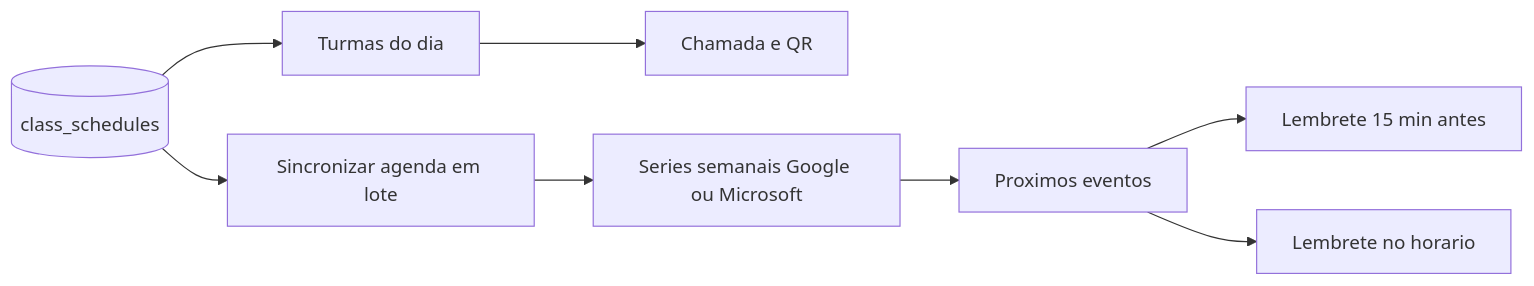
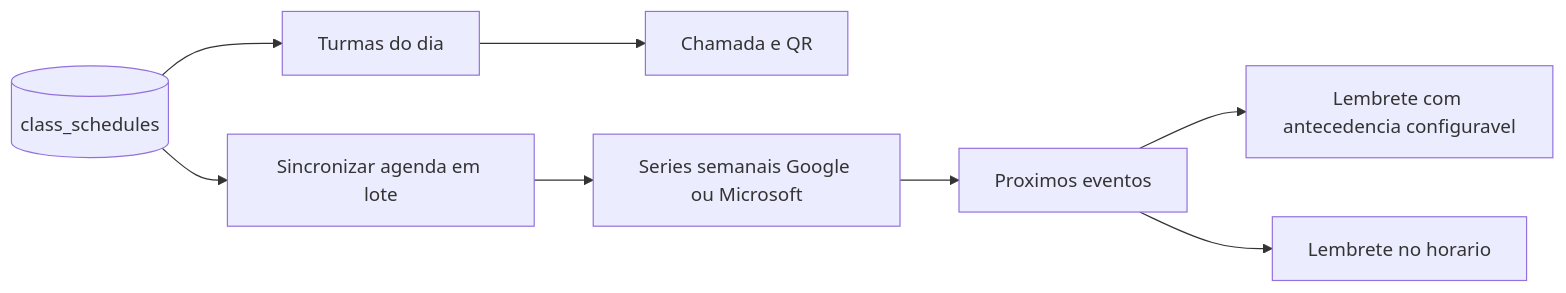
The eighth of 8 diagrams in README.md (m4n1nh0/assistant_app), drawn with Mermaid before and after one commit. The commit also changed other lines of this file and 21 other files, not shown here.

````diff
--- a/README.md
+++ b/README.md
@@ -518,10 +518,10 @@
 ```mermaid
 flowchart LR
     Schedule[(class_schedules)] --> Today[Turmas do dia]
     Today --> Call[Chamada e QR]
     Schedule --> Batch[Sincronizar agenda em lote]
     Batch --> Series[Series semanais Google ou Microsoft]
     Series --> Calendar[Proximos eventos]
-    Calendar --> Reminder15[Lembrete 15 min antes]
+    Calendar --> ReminderAdvance[Lembrete com antecedencia configuravel]
     Calendar --> Reminder0[Lembrete no horario]
 ```
````
